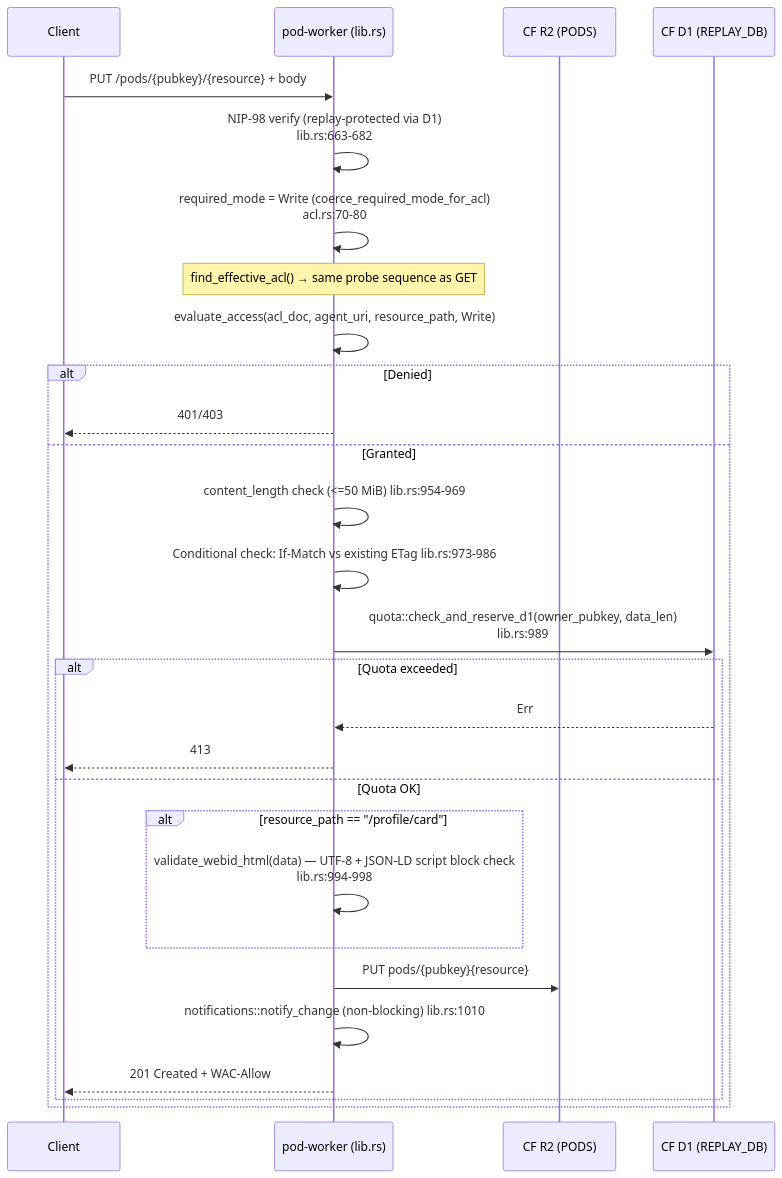
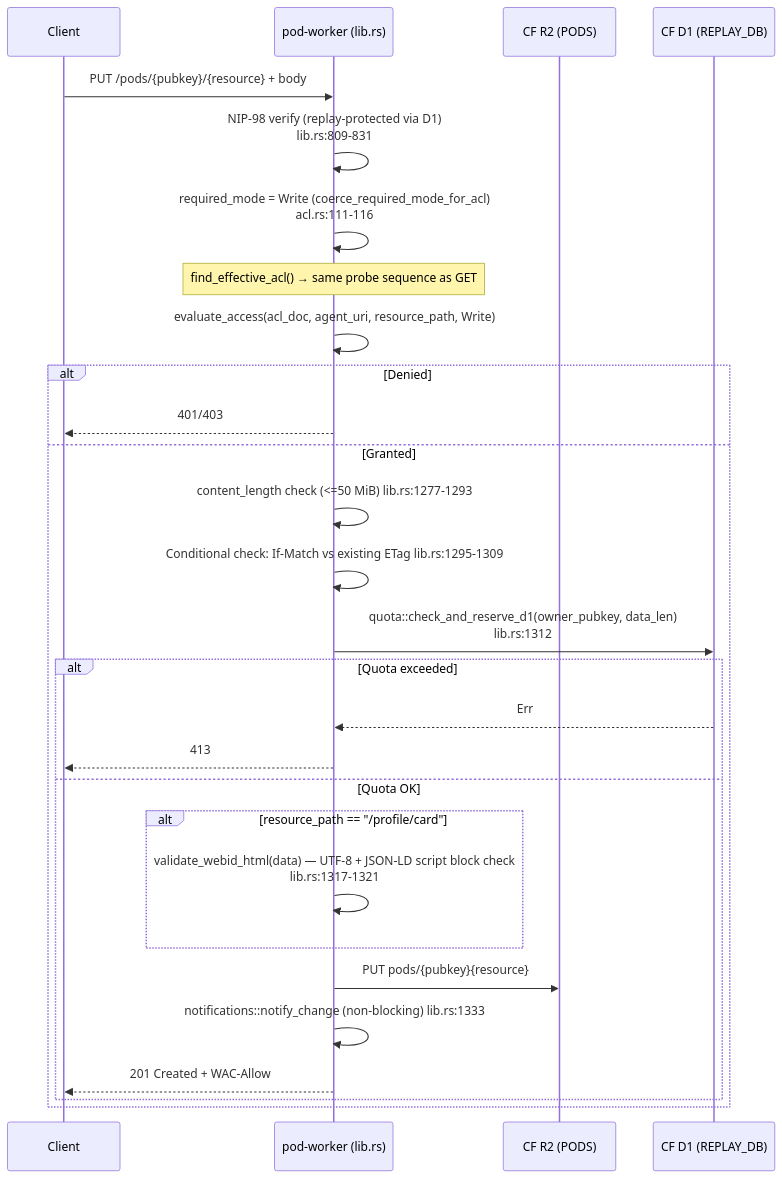
One commit to DreamLab-AI/nostr-rust-forum changed the second of 6 diagrams in docs/diagrams/pod-acl-and-identity.md. Above: the diagram before and after it, drawn with Mermaid. The commit also changed other lines of this file and 4 other files, not shown here.

First line of the commit message:
docs(diagrams): bring the diagram corpus up to 3c48e26 (NIP-09 tombstones, deletion sync, NIP-42 receipts, per-identity zone keys)

````diff
--- a/docs/diagrams/pod-acl-and-identity.md
+++ b/docs/diagrams/pod-acl-and-identity.md
@@ -100,31 +102,31 @@
 ```mermaid
 sequenceDiagram
     participant C as Client
     participant W as pod-worker (lib.rs)
     participant R2 as CF R2 (PODS)
     participant D1 as CF D1 (REPLAY_DB)
 
     C->>W: PUT /pods/{pubkey}/{resource} + body
-    W->>W: NIP-98 verify (replay-protected via D1)<br/>lib.rs:663-682
-    W->>W: required_mode = Write (coerce_required_mode_for_acl)<br/>acl.rs:70-80
+    W->>W: NIP-98 verify (replay-protected via D1)<br/>lib.rs:809-831
+    W->>W: required_mode = Write (coerce_required_mode_for_acl)<br/>acl.rs:111-116
     Note over W: find_effective_acl() → same probe sequence as GET
     W->>W: evaluate_access(acl_doc, agent_uri, resource_path, Write)
     alt Denied
         W-->>C: 401/403
     else Granted
-        W->>W: content_length check (<=50 MiB) lib.rs:954-969
-        W->>W: Conditional check: If-Match vs existing ETag lib.rs:973-986
-        W->>D1: quota::check_and_reserve_d1(owner_pubkey, data_len)<br/>lib.rs:989
+        W->>W: content_length check (<=50 MiB) lib.rs:1277-1293
+        W->>W: Conditional check: If-Match vs existing ETag lib.rs:1295-1309
+        W->>D1: quota::check_and_reserve_d1(owner_pubkey, data_len)<br/>lib.rs:1312
         alt Quota exceeded
             D1-->>W: Err
             W-->>C: 413
         else Quota OK
             alt resource_path == "/profile/card"
-                W->>W: validate_webid_html(data) — UTF-8 + JSON-LD script block check<br/>lib.rs:994-998
+                W->>W: validate_webid_html(data) — UTF-8 + JSON-LD script block check<br/>lib.rs:1317-1321
             end
             W->>R2: PUT pods/{pubkey}{resource}
-            W->>W: notifications::notify_change (non-blocking) lib.rs:1010
+            W->>W: notifications::notify_change (non-blocking) lib.rs:1333
             W-->>C: 201 Created + WAC-Allow
         end
     end
 ```
````
